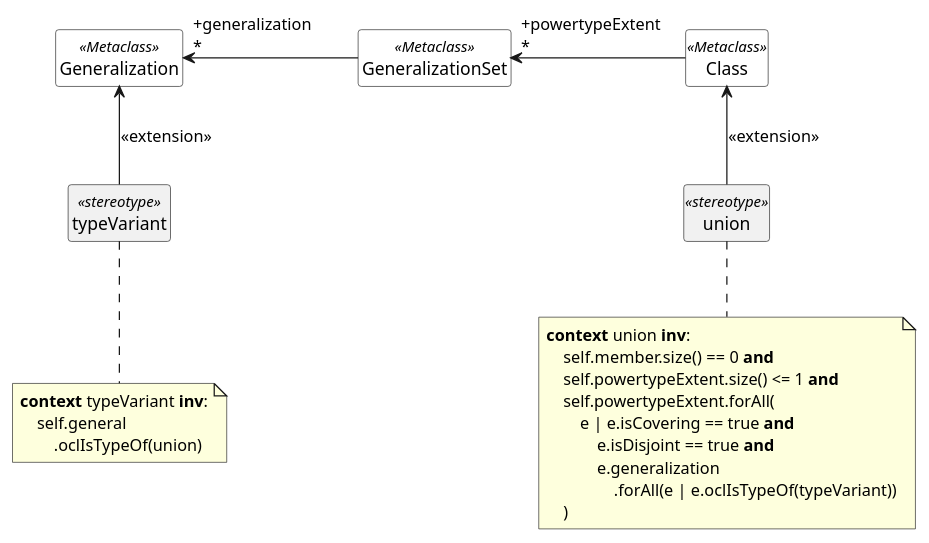
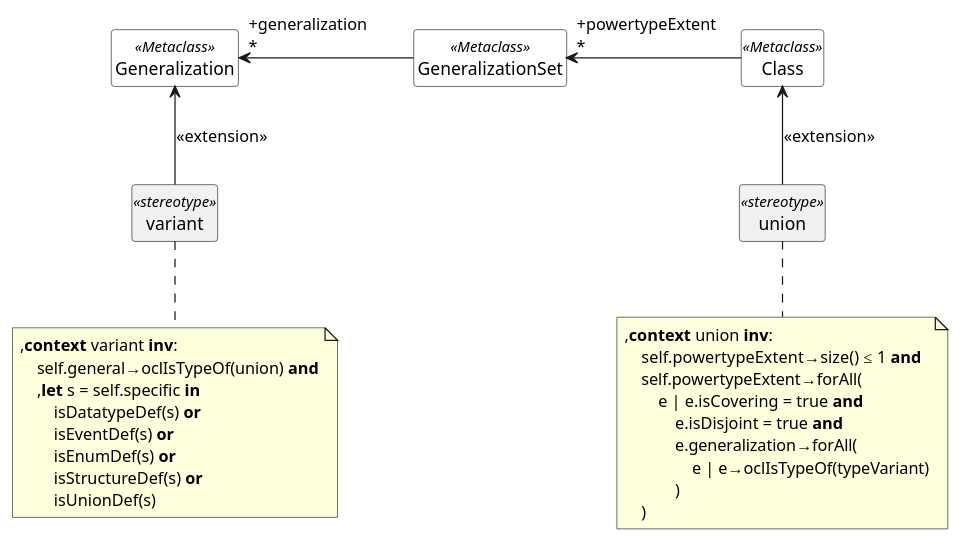
Before and after one commit to sdm-lang/tree-sitter-sdml: diagram 18 of 21 in docs/uml-profile.org, drawn with PlantUML. The commit also changed other lines of this file and 29 other files, not shown here.

```diff
--- a/docs/uml-profile.org
+++ b/docs/uml-profile.org
@@ -616,40 +703,45 @@
 #+BEGIN_SRC plantuml :file uml-profile-union.svg
 skinparam backgroundColor transparent
 skinparam style strictuml
 skinparam linetype polyline
 skinparam nodesep 140
 
 hide circle
 hide empty members
 
 class Class <<Metaclass>> #white
 class GeneralizationSet <<Metaclass>> #white
 class Generalization <<Metaclass>> #white
 
 Class --left--> "+powertypeExtent\l*" GeneralizationSet
 GeneralizationSet --left--> "+generalization\l*" Generalization
 
 class union <<stereotype>>
 union -up-> Class: <<extension>>
 
 note bottom of union
-**context** union **inv**:
-    self.member.size() == 0 **and**
-    self.powertypeExtent.size() <= 1 **and**
-    self.powertypeExtent.forAll(
-        e | e.isCovering == true **and**
-            e.isDisjoint == true **and**
-            e.generalization
-                .forAll(e | e.oclIsTypeOf(typeVariant))
+,**context** union **inv**:
+    self.powertypeExtent→size() ≤ 1 **and**
+    self.powertypeExtent→forAll(
+        e | e.isCovering = true **and**
+            e.isDisjoint = true **and**
+            e.generalization→forAll(
+                e | e→oclIsTypeOf(typeVariant)
+            )
     )
 end note
 
-class typeVariant <<stereotype>>
-typeVariant -up->  Generalization: <<extension>>
+class variant <<stereotype>>
+variant -up->  Generalization: <<extension>>
 
-note bottom of typeVariant
-**context** typeVariant **inv**:
-    self.general
-        .oclIsTypeOf(union)
+note bottom of variant
+,**context** variant **inv**:
+    self.general→oclIsTypeOf(union) **and**
+    ,**let** s = self.specific **in**
+        isDatatypeDef(s) **or**
+        isEventDef(s) **or**
+        isEnumDef(s) **or**
+        isStructureDef(s) **or**
+        isUnionDef(s)
 end note
 #+END_SRC
```
